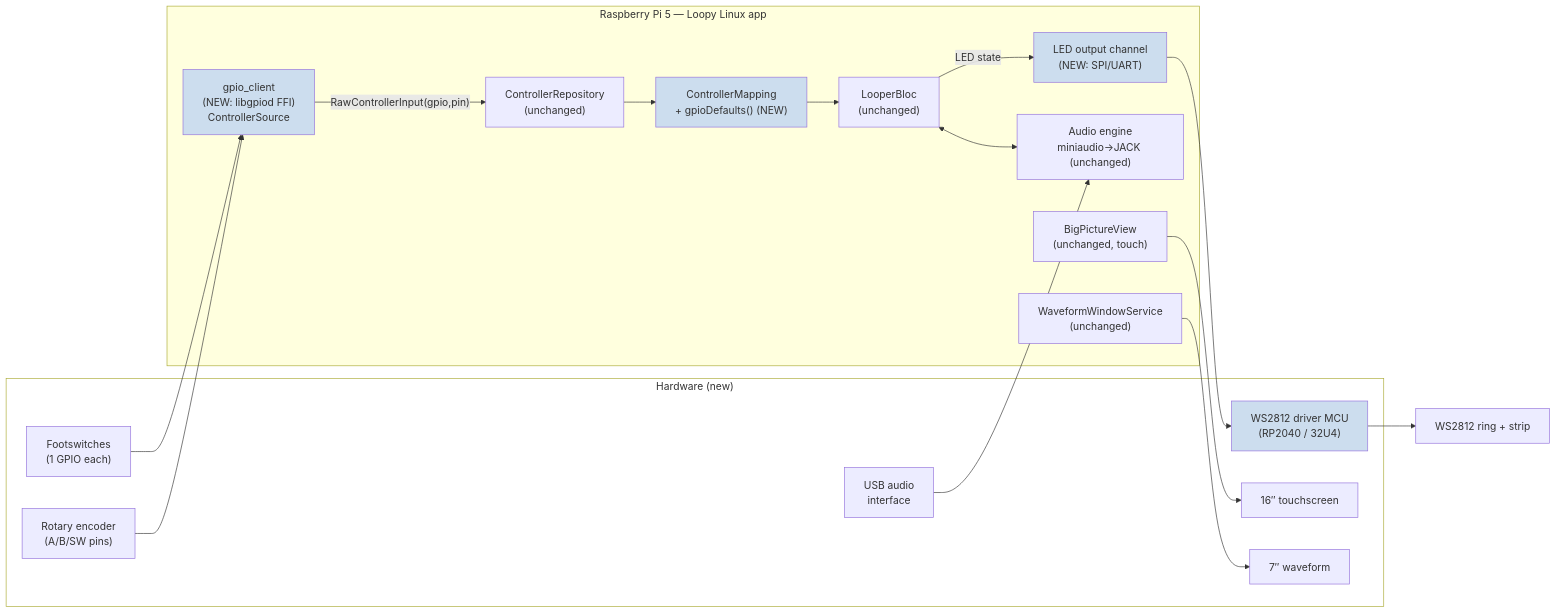
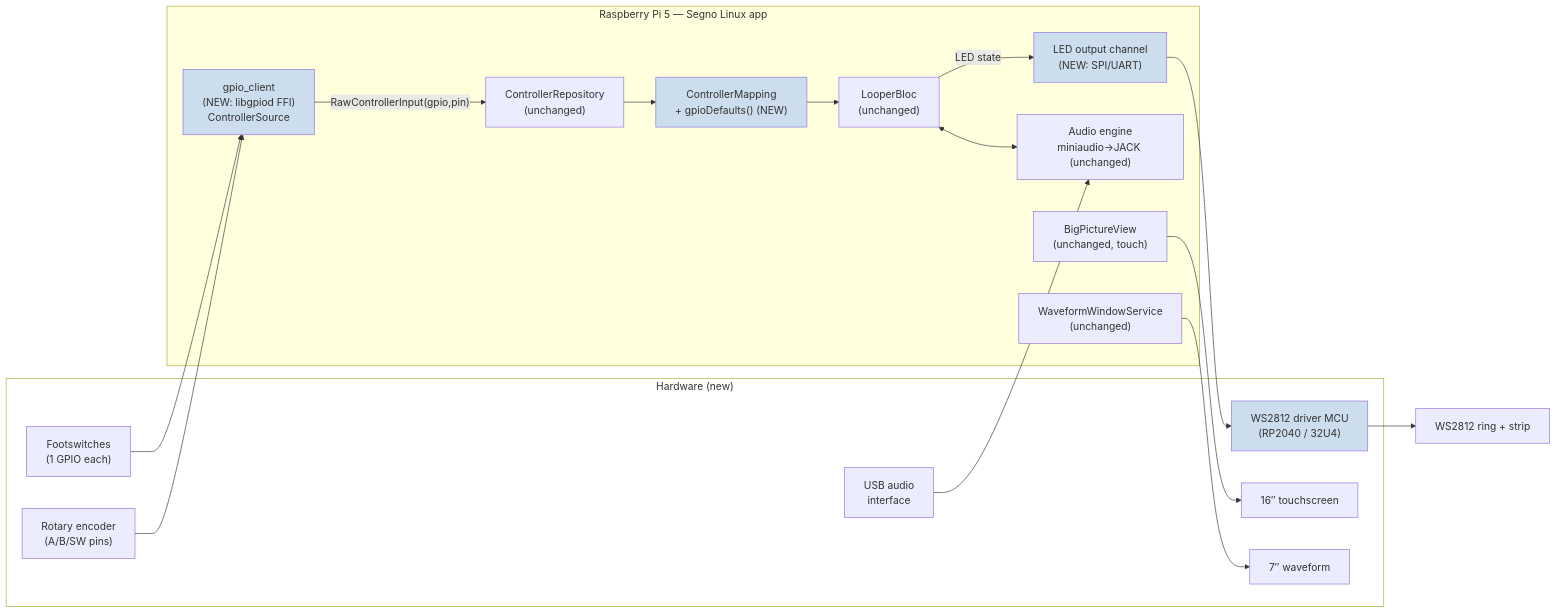
The diagram in docs/plan/2026-06-26-feat-raspberry-pi-floor-console-plan.md (tomassasovsky/loopy), drawn with Mermaid before and after one commit. The commit also changed other lines of this file and 1962 other files, not shown here.

First line of the commit message:
feat: rebrand Loopy to Segno across app, engine, and appliance

````diff
--- a/docs/plan/2026-06-26-feat-raspberry-pi-floor-console-plan.md
+++ b/docs/plan/2026-06-26-feat-raspberry-pi-floor-console-plan.md
@@ -61,38 +61,38 @@
 ```mermaid
 flowchart LR
     subgraph HW["Hardware (new)"]
         FS["Footswitches<br/>(1 GPIO each)"]
         ENC["Rotary encoder<br/>(A/B/SW pins)"]
         USB["USB audio<br/>interface"]
         LEDMCU["WS2812 driver MCU<br/>(RP2040 / 32U4)"]
         D16["16″ touchscreen"]
         D7["7″ waveform"]
     end
 
-    subgraph PI["Raspberry Pi 5 — Loopy Linux app"]
+    subgraph PI["Raspberry Pi 5 — Segno Linux app"]
         GPIO["gpio_client<br/>(NEW: libgpiod FFI)<br/>ControllerSource"]
         LEDOUT["LED output channel<br/>(NEW: SPI/UART)"]
         CR["ControllerRepository<br/>(unchanged)"]
         CM["ControllerMapping<br/>+ gpioDefaults() (NEW)"]
         LB["LooperBloc<br/>(unchanged)"]
         ENG["Audio engine<br/>miniaudio→JACK (unchanged)"]
         BPV["BigPictureView<br/>(unchanged, touch)"]
         WWS["WaveformWindowService<br/>(unchanged)"]
     end
 
     FS --> GPIO
     ENC --> GPIO
     GPIO -- "RawControllerInput(gpio,pin)" --> CR
     CR --> CM --> LB
     LB -- "LED state" --> LEDOUT --> LEDMCU --> Ring["WS2812 ring + strip"]
     USB --> ENG
     LB <--> ENG
     BPV --> D16
     WWS --> D7
 
     style GPIO fill:#cde
     style LEDOUT fill:#cde
     style CM fill:#cde
     style LEDMCU fill:#cde
     style HW fill:#fff
 ```
````
